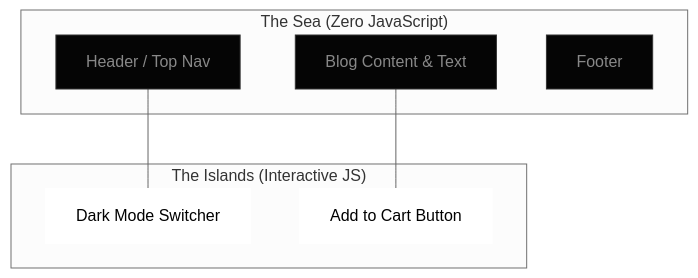
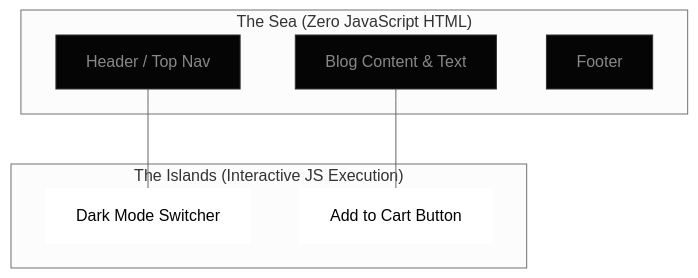
The diagram in docs/islands-architecture.md (prakharp18/fdsheet), drawn with Mermaid (neutral theme) before and after one commit. The commit also changed other lines of this file and 8 other files, not shown here.

````diff
--- a/docs/islands-architecture.md
+++ b/docs/islands-architecture.md
@@ -32,19 +40,19 @@
 ```mermaid
 graph TD
     classDef static fill:#050505,stroke:#333,stroke-width:1px,color:#888
     classDef island fill:#FFFFFF,stroke:#FFF,stroke-width:2px,color:#000
 
-    subgraph "The Sea (Zero JavaScript)"
+    subgraph "The Sea (Zero JavaScript HTML)"
         H[Header / Top Nav]:::static
         B[Blog Content & Text]:::static
         F[Footer]:::static
     end
 
-    subgraph "The Islands (Interactive JS)"
+    subgraph "The Islands (Interactive JS Execution)"
         S[Dark Mode Switcher]:::island
         C[Add to Cart Button]:::island
     end
 
     H --- S
     B --- C
 ```
````
